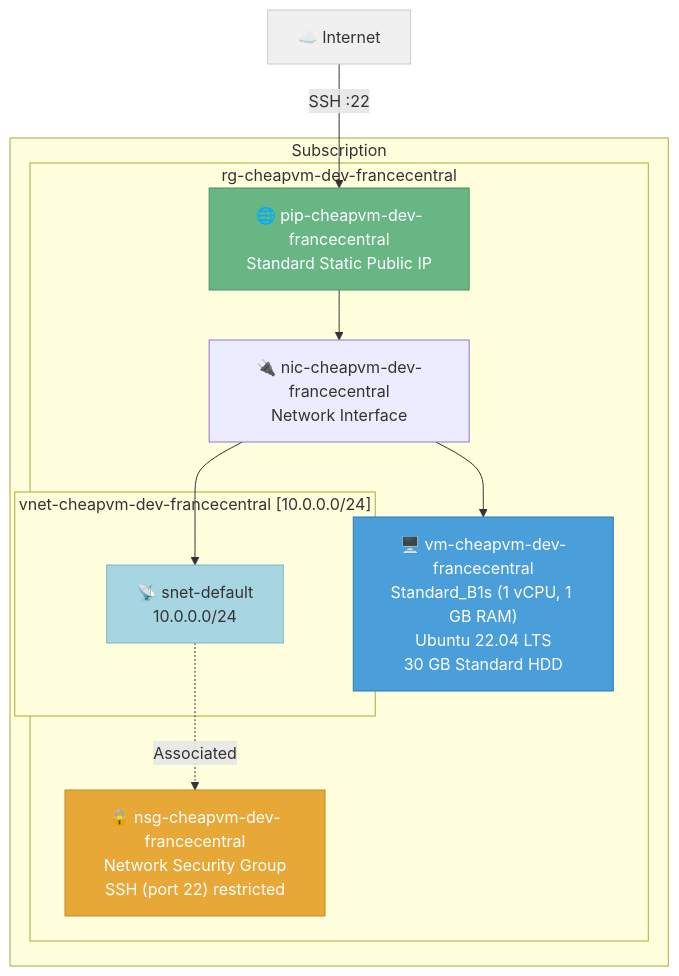
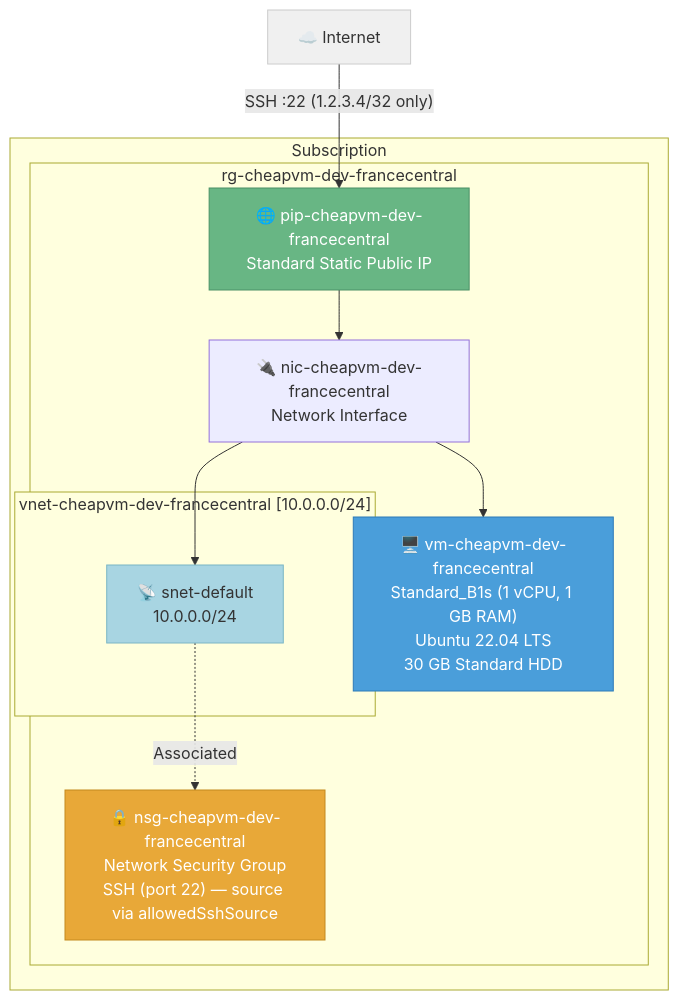
One commit to arnaudlh/git-ape changed the diagram in .azure/deployments/deploy-20260318-054417/architecture.md. Above: the diagram before and after it, drawn with Mermaid. The commit also changed other lines of this file and 3 other files, not shown here.

````diff
--- a/.azure/deployments/deploy-20260318-054417/architecture.md
+++ b/.azure/deployments/deploy-20260318-054417/architecture.md
@@ -10,28 +10,28 @@
 ```mermaid
 graph TB
     subgraph "Subscription"
         subgraph "rg-cheapvm-dev-francecentral"
-            NSG["🔒 nsg-cheapvm-dev-francecentral<br/>Network Security Group<br/>SSH (port 22) restricted"]
+            NSG["🔒 nsg-cheapvm-dev-francecentral<br/>Network Security Group<br/>SSH (port 22) — source via allowedSshSource"]
             
             subgraph "vnet-cheapvm-dev-francecentral [10.0.0.0/24]"
                 SUBNET["📡 snet-default<br/>10.0.0.0/24"]
             end
             
             PIP["🌐 pip-cheapvm-dev-francecentral<br/>Standard Static Public IP"]
             NIC["🔌 nic-cheapvm-dev-francecentral<br/>Network Interface"]
             VM["🖥️ vm-cheapvm-dev-francecentral<br/>Standard_B1s (1 vCPU, 1 GB RAM)<br/>Ubuntu 22.04 LTS<br/>30 GB Standard HDD"]
         end
     end
 
-    Internet["☁️ Internet"] -->|"SSH :22"| PIP
+    Internet["☁️ Internet"] -->|"SSH :22 (1.2.3.4/32 only)"| PIP
     PIP --> NIC
     NIC --> SUBNET
     SUBNET -.->|"Associated"| NSG
     NIC --> VM
 
     style VM fill:#4a9eda,stroke:#2d7ab8,color:#fff
     style NSG fill:#e8a838,stroke:#c4891e,color:#fff
     style PIP fill:#68b684,stroke:#4a9066,color:#fff
     style SUBNET fill:#a8d5e2,stroke:#7ab5c5
     style Internet fill:#f0f0f0,stroke:#ccc
 ```
````
